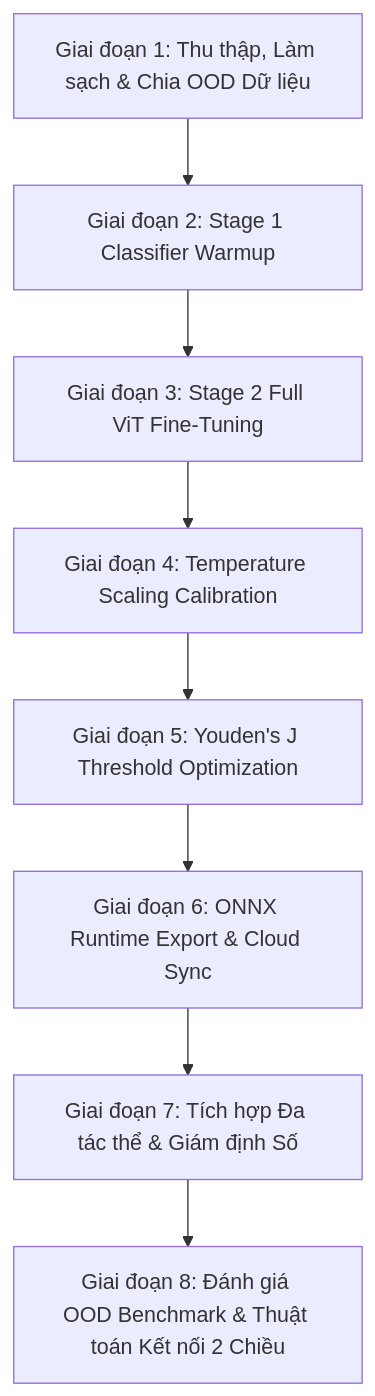
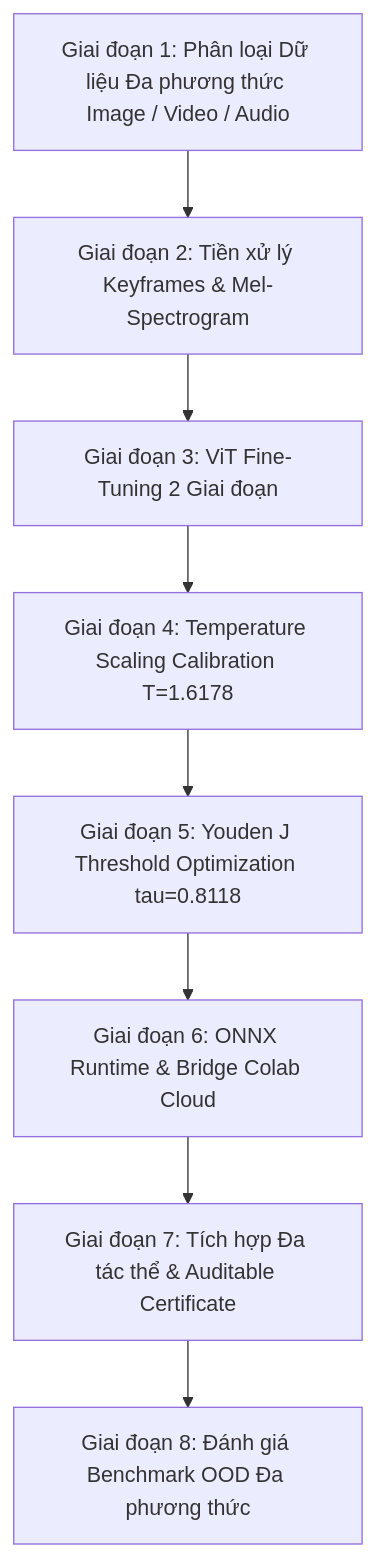
Before and after one commit to ThangCao106/DeepFake-Detection-Agent: the diagram in de_cuong_nghien_cuu_ncs_v2.md, drawn with Mermaid. The commit also changed other lines of this file and 1 other file, not shown here.

Commit message:
Update research proposal and paper v2 to multi-modal (Image, Video, Audio) deepfake detection with 2025-2026 SOTA references

````diff
--- a/de_cuong_nghien_cuu_ncs_v2.md
+++ b/de_cuong_nghien_cuu_ncs_v2.md
@@ -75,10 +81,10 @@
 ```mermaid
 graph TD
-    G1[Giai đoạn 1: Thu thập, Làm sạch & Chia OOD Dữ liệu] --> G2[Giai đoạn 2: Stage 1 Classifier Warmup]
-    G2 --> G3[Giai đoạn 3: Stage 2 Full ViT Fine-Tuning]
-    G3 --> G4[Giai đoạn 4: Temperature Scaling Calibration]
-    G4 --> G5[Giai đoạn 5: Youden's J Threshold Optimization]
-    G5 --> G6[Giai đoạn 6: ONNX Runtime Export & Cloud Sync]
-    G6 --> G7[Giai đoạn 7: Tích hợp Đa tác thể & Giám định Số]
-    G7 --> G8[Giai đoạn 8: Đánh giá OOD Benchmark & Thuật toán Kết nối 2 Chiều]
+    G1[Giai đoạn 1: Phân loại Dữ liệu Đa phương thức Image / Video / Audio] --> G2[Giai đoạn 2: Tiền xử lý Keyframes & Mel-Spectrogram]
+    G2 --> G3[Giai đoạn 3: ViT Fine-Tuning 2 Giai đoạn]
+    G3 --> G4[Giai đoạn 4: Temperature Scaling Calibration T=1.6178]
+    G4 --> G5[Giai đoạn 5: Youden J Threshold Optimization tau=0.8118]
+    G5 --> G6[Giai đoạn 6: ONNX Runtime & Bridge Colab Cloud]
+    G6 --> G7[Giai đoạn 7: Tích hợp Đa tác thể & Auditable Certificate]
+    G7 --> G8[Giai đoạn 8: Đánh giá Benchmark OOD Đa phương thức]
 ```
````
